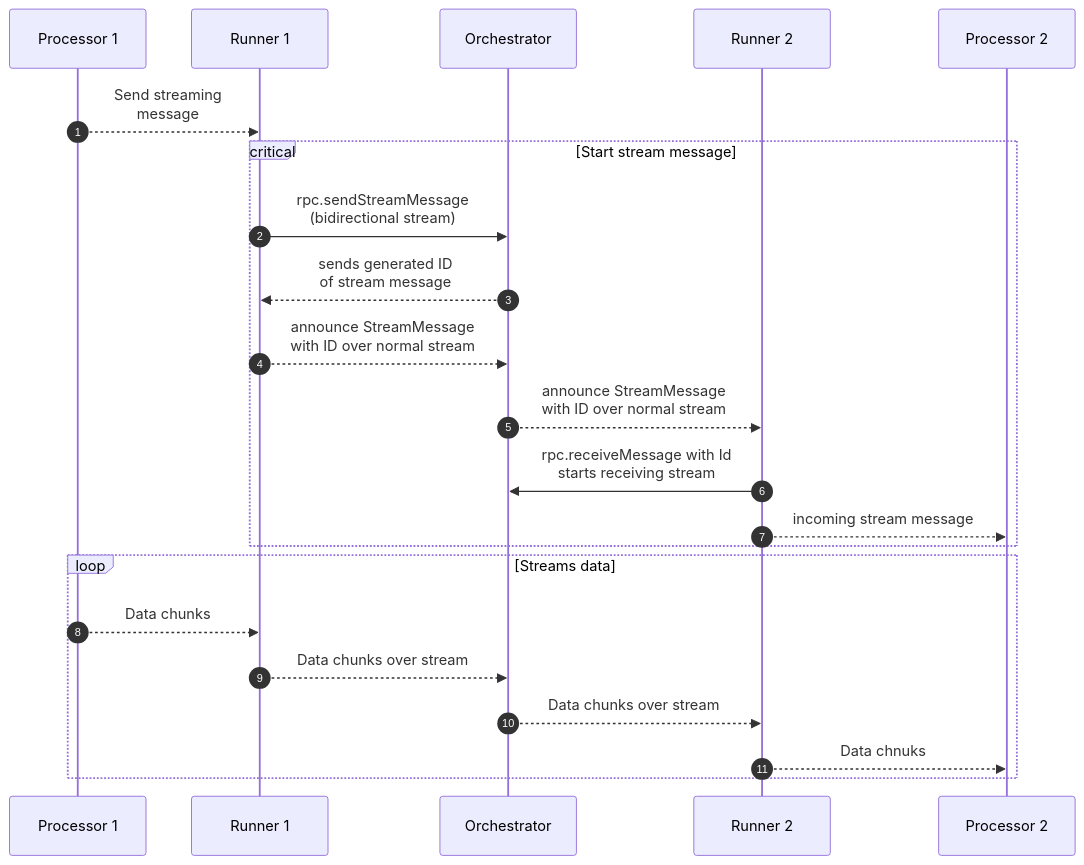
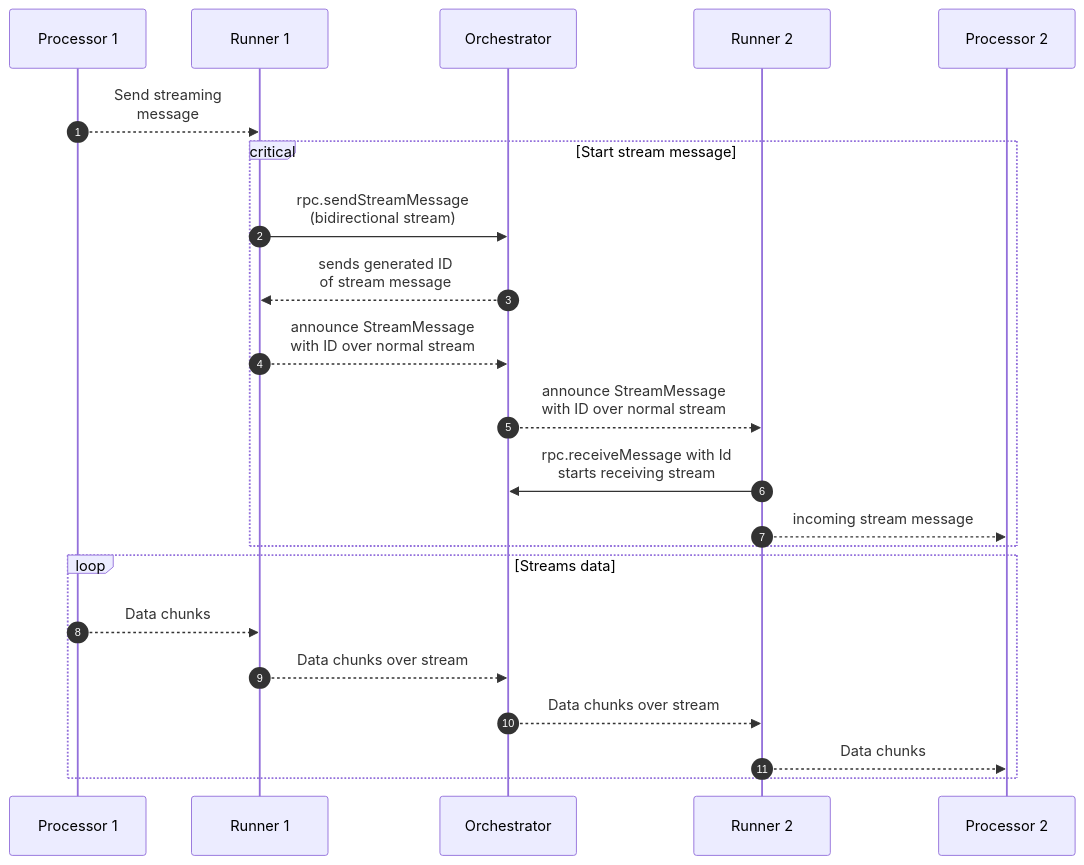
The third of 3 diagrams in README.md (rdf-connect/orchestrator-js), drawn with Mermaid before and after one commit. The commit also changed other lines of this file, not shown here.

````diff
--- a/README.md
+++ b/README.md
@@ -307,26 +332,26 @@
 ```mermaid
 sequenceDiagram
     autonumber
     participant P1 as Processor 1
     participant R1 as Runner 1
     participant O as Orchestrator
     participant R2 as Runner 2
     participant P2 as Processor 2
     P1 -->> R1: Send streaming<br>message
     critical Start stream message
         R1 ->> O: rpc.sendStreamMessage<br>(bidirectional stream)
         O -->> R1: sends generated ID<br>of stream message
         R1 -->> O: announce StreamMessage<br>with ID over normal stream
 
         O -->> R2: announce StreamMessage<br>with ID over normal stream
         R2 ->> O: rpc.receiveMessage with Id<br>starts receiving stream
         R2 -->> P2: incoming stream message
     end
 
     loop Streams data
         P1 -->> R1: Data chunks
         R1 -->> O: Data chunks over stream
         O -->> R2: Data chunks over stream
-        R2 -->>P2: Data chnuks
+        R2 -->>P2: Data chunks
     end
 ```
````
